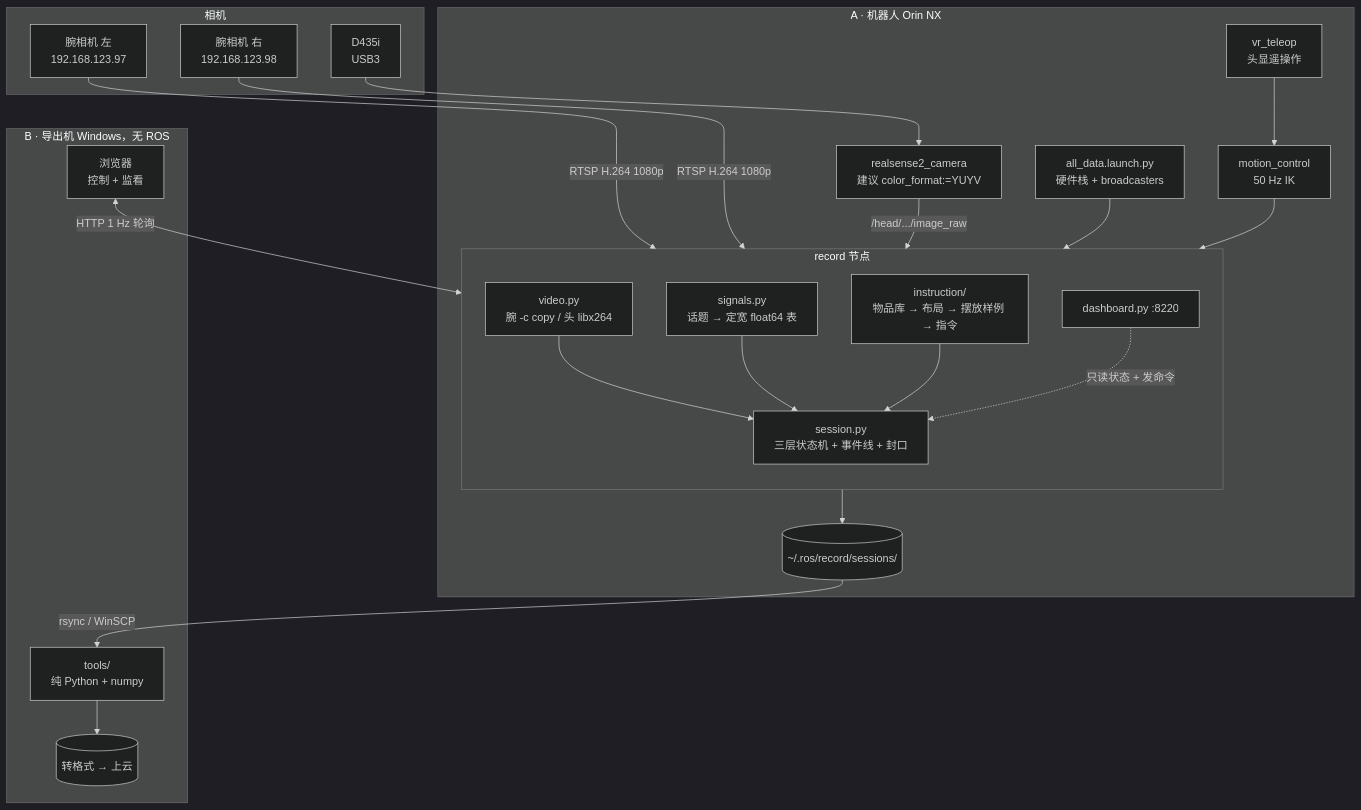
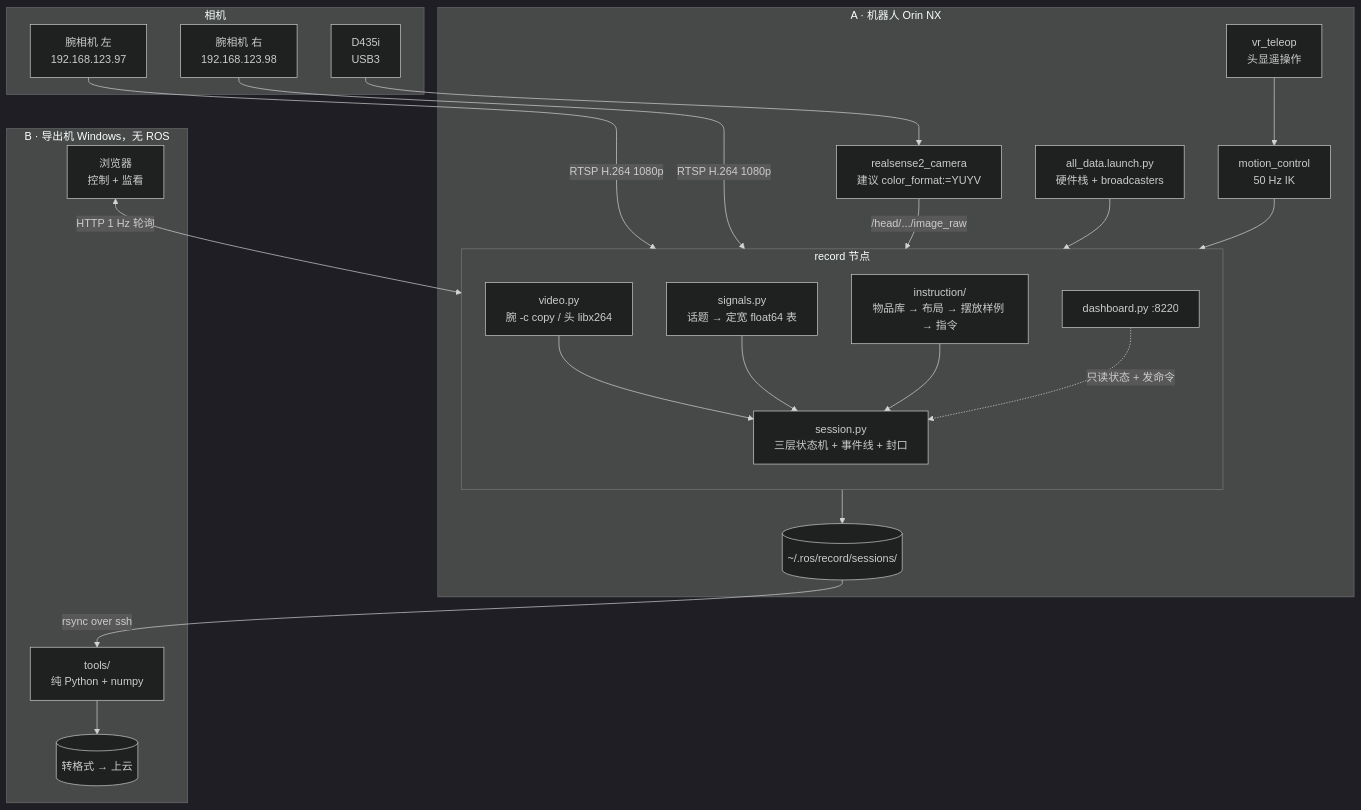
The diagram in src/record/README.md (yizhongzhang1989/Unitree_G1_Workspace), drawn with Mermaid (dark theme) before and after one commit. The commit also changed other lines of this file and 43 other files, not shown here.

````diff
--- a/src/record/README.md
+++ b/src/record/README.md
@@ -10,40 +10,40 @@
 ```mermaid
 flowchart TB
   subgraph CAM["相机"]
     WL["腕相机 左<br/>192.168.123.97"]
     WR["腕相机 右<br/>192.168.123.98"]
     HD["D435i<br/>USB3"]
   end
 
   subgraph A["A · 机器人 Orin NX"]
     RS["realsense2_camera<br/>建议 color_format:=YUYV"]
     MC["motion_control<br/>50 Hz IK"]
     VR["vr_teleop<br/>头显遥操作"]
     HW["all_data.launch.py<br/>硬件栈 + broadcasters"]
 
     subgraph REC["record 节点"]
       direction TB
       VID["video.py<br/>腕 -c copy / 头 libx264"]
       SIG["signals.py<br/>话题 → 定宽 float64 表"]
       SES["session.py<br/>三层状态机 + 事件线 + 封口"]
       INS["instruction/<br/>物品库 → 布局 → 摆放样例 → 指令"]
       DASH["dashboard.py :8220"]
     end
     DISK[("~/.ros/record/sessions/")]
   end
 
   subgraph B["B · 导出机 Windows，无 ROS"]
     BROW["浏览器<br/>控制 + 监看"]
     TOOLS["tools/<br/>纯 Python + numpy"]
     CLOUD[("转格式 → 上云")]
   end
 
   WL & WR -->|"RTSP H.264 1080p"| VID
   HD --> RS -->|"/head/.../image_raw"| VID
   HW & MC --> SIG
   VR --> MC
   VID & SIG & INS --> SES --> DISK
   DASH -.->|"只读状态 + 发命令"| SES
   BROW <-->|"HTTP 1 Hz 轮询"| DASH
-  DISK -->|"rsync / WinSCP"| TOOLS --> CLOUD
+  DISK -->|"rsync over ssh"| TOOLS --> CLOUD
 ```
````
